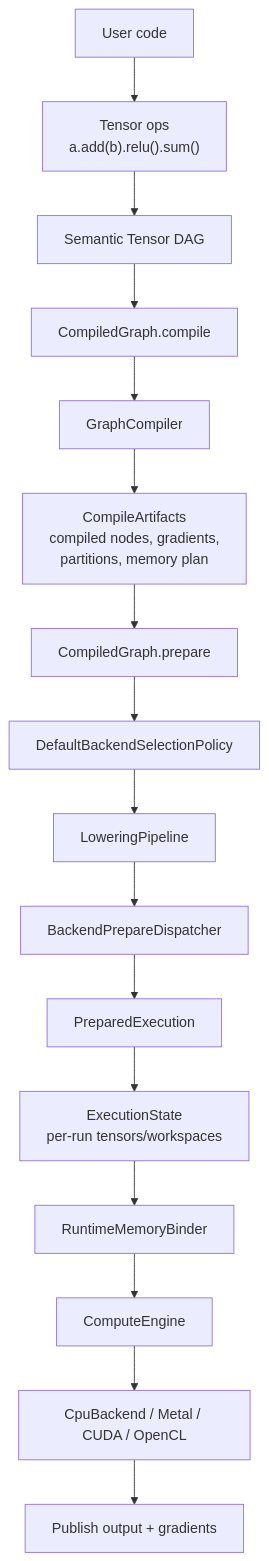
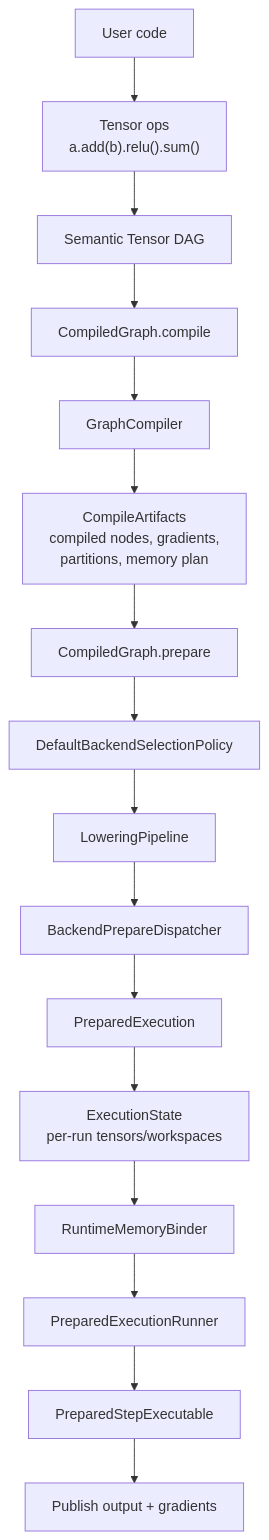
One commit to pho001/Synaptik changed the first of 8 diagrams in docs/compute-flow.md. Above: the diagram before and after it, drawn with Mermaid. The commit also changed other lines of this file and 517 other files, not shown here.

````diff
--- a/docs/compute-flow.md
+++ b/docs/compute-flow.md
@@ -31,23 +31,23 @@
 ```mermaid
 flowchart TD
     User["User code"]
     TensorOps["Tensor ops\na.add(b).relu().sum()"]
     SemanticGraph["Semantic Tensor DAG"]
     Compile["CompiledGraph.compile"]
     Compiler["GraphCompiler"]
     Artifacts["CompileArtifacts\ncompiled nodes, gradients,\npartitions, memory plan"]
     Prepare["CompiledGraph.prepare"]
     Selection["DefaultBackendSelectionPolicy"]
     Lowering["LoweringPipeline"]
     Dispatcher["BackendPrepareDispatcher"]
     Prepared["PreparedExecution"]
     State["ExecutionState\nper-run tensors/workspaces"]
     Binder["RuntimeMemoryBinder"]
-    Engine["ComputeEngine"]
-    Backend["CpuBackend / Metal / CUDA / OpenCL"]
+    Runner["PreparedExecutionRunner"]
+    Executable["PreparedStepExecutable"]
     Publish["Publish output + gradients"]
 
     User --> TensorOps --> SemanticGraph --> Compile --> Compiler --> Artifacts
     Artifacts --> Prepare --> Selection --> Lowering --> Dispatcher --> Prepared
-    Prepared --> State --> Binder --> Engine --> Backend --> Publish
+    Prepared --> State --> Binder --> Runner --> Executable --> Publish
 ```
````
